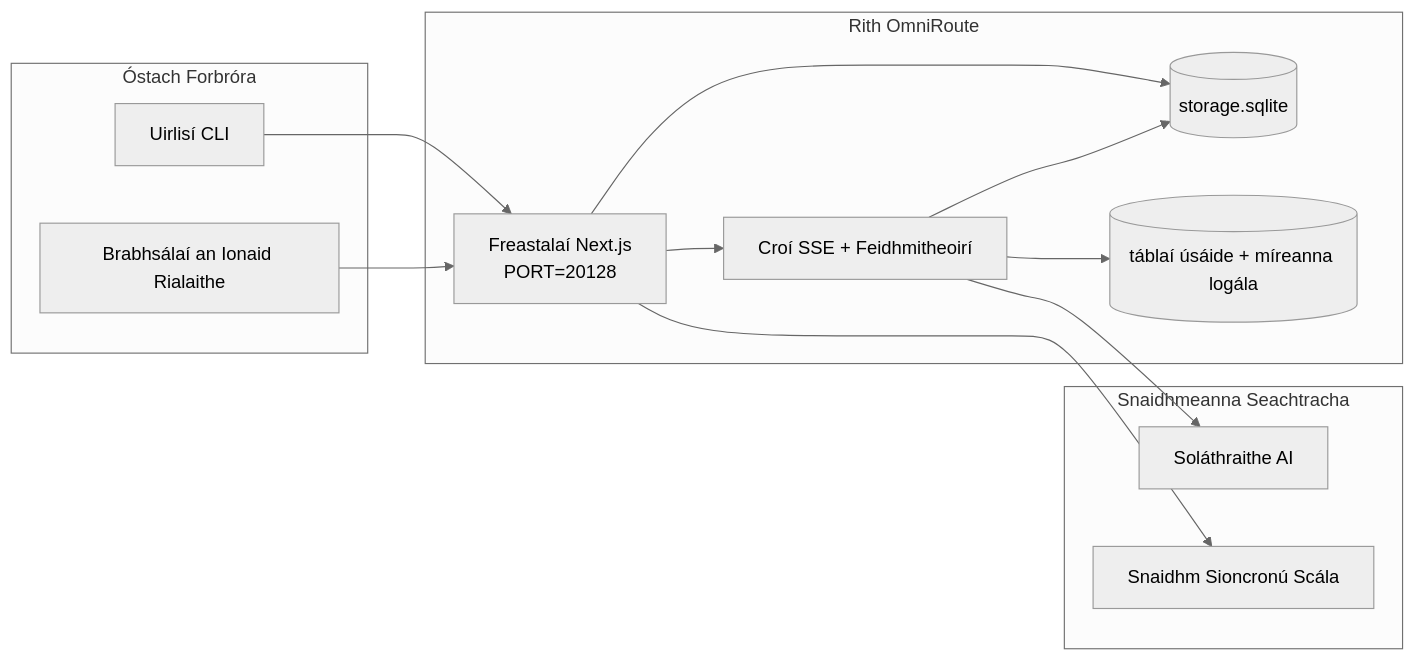
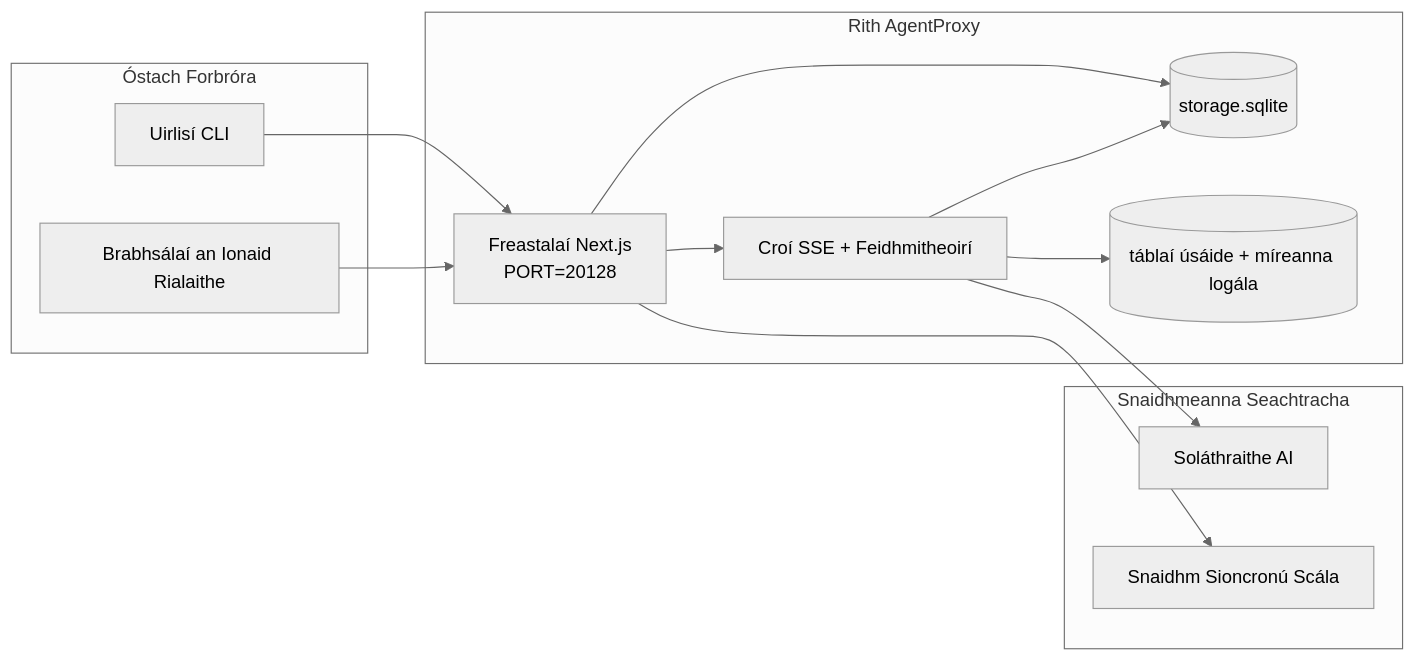
One commit to khanhkit/AgentProxy changed the seventh of 7 diagrams in docs/i18n/ga/docs/architecture/ARCHITECTURE.md. Above: the diagram before and after it, drawn with Mermaid (neutral theme). The commit also changed other lines of this file and 6043 other files, not shown here.

Commit message:
wip(release): checkpoint AgentProxy identity cleanup

````diff
--- a/docs/i18n/ga/docs/architecture/ARCHITECTURE.md
+++ b/docs/i18n/ga/docs/architecture/ARCHITECTURE.md
@@ -817,28 +817,28 @@
 ```mermaid
 flowchart LR
     subgraph LocalHost[Óstach Forbróra]
         CLI[Uirlisí CLI]
         Browser[Brabhsálaí an Ionaid Rialaithe]
     end
 
-    subgraph ContainerOrProcess[Rith OmniRoute]
+    subgraph ContainerOrProcess[Rith AgentProxy]
         Next[Freastalaí Next.js\nPORT=20128]
         Core[Croí SSE + Feidhmitheoirí]
         MainDB[(storage.sqlite)]
         UsageDB[(táblaí úsáide + míreanna logála)]
     end
 
     subgraph External[Snaidhmeanna Seachtracha]
         Providers[Soláthraithe AI]
         SyncCloud[Snaidhm Sioncronú Scála]
     end
 
     CLI --> Next
     Browser --> Next
     Next --> Core
     Next --> MainDB
     Core --> MainDB
     Core --> UsageDB
     Core --> Providers
     Next --> SyncCloud
 ```
````
